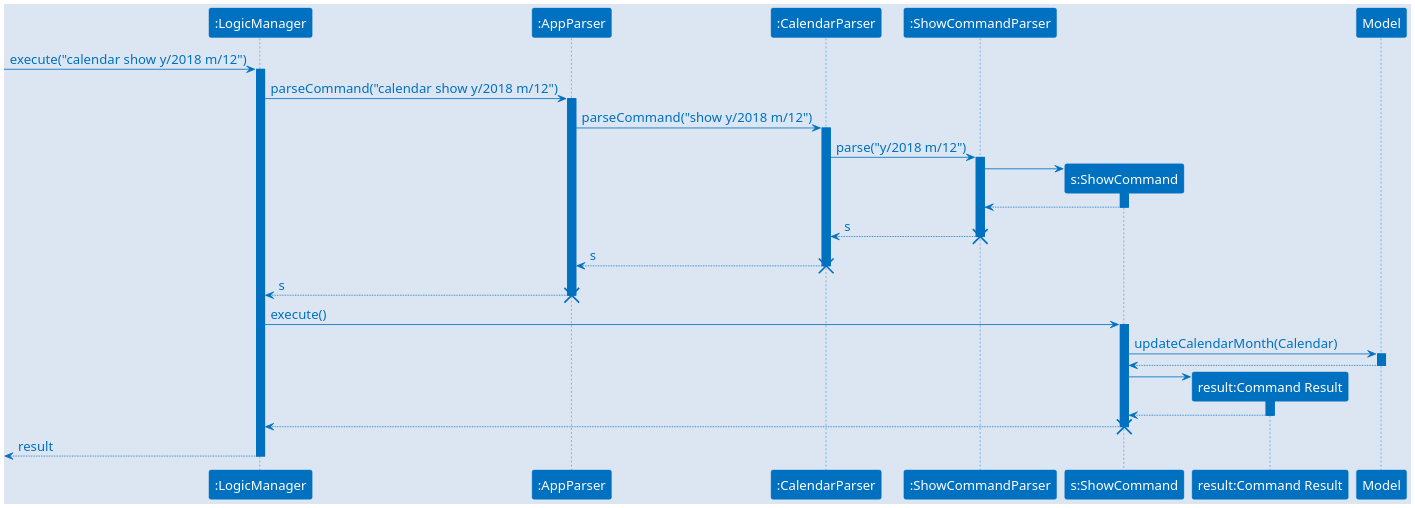
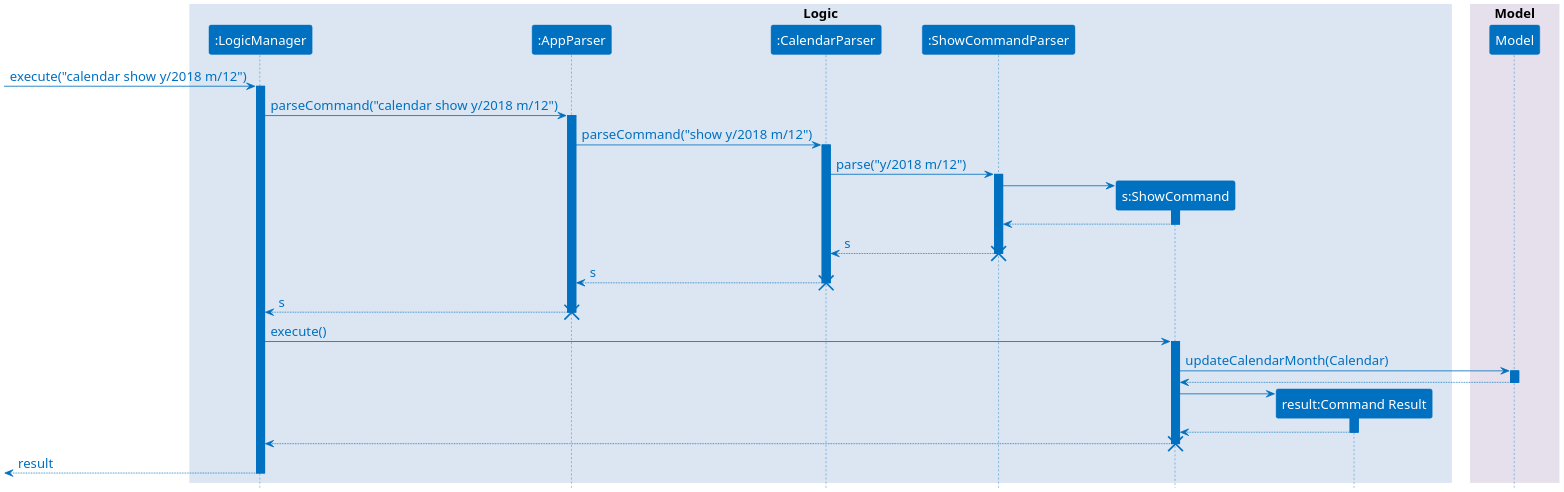
One commit to CS2103-AY1819S1-T09-1/main changed the diagram in docs/plantuml/CalendarShowCommandSequence.puml. Above: the diagram before and after it, drawn with PlantUML.

Commit message:
Update calendar show sequence diagram

```diff
--- a/docs/plantuml/CalendarShowCommandSequence.puml
+++ b/docs/plantuml/CalendarShowCommandSequence.puml
@@ -1,55 +1,65 @@
 @startuml CalendarShowCommandSequence
 
 scale 2
 skinparam defaultFontName Calibri
 skinparam defaultFontSize 16
-skinparam backgroundColor #DCE6F2
+' skinparam minClassWidth 100
+skinparam BoxPadding 10
+skinparam ParticipantPadding 20
 skinparam shadowing false
 
 skinparam sequence {
+    BoxBorderColor transparent
+    BoxFontSize 20
+
     ParticipantBorderColor #0070C0
     ParticipantBackgroundColor #0070C0
     ParticipantFontColor #FFFFFF
 
     LifeLineBorderColor #0070C0
     LifeLineBackgroundColor #0070C0
 
     ArrowColor #0070C0
     ArrowBorderColor #0070C0
     ArrowFontColor #0070C0
-
 }
 
-participant logicManager as ":LogicManager"
-participant appParser as ":AppParser"
-participant calendarParser as ":CalendarParser"
-participant showCommandParser as ":ShowCommandParser"
-participant showCommand as "s:ShowCommand"
-participant result as "result:Command Result"
-participant model as "Model"
+box "Logic" #DCE6F2
+    participant logicManager as ":LogicManager"
+    participant appParser as ":AppParser"
+    participant calendarParser as ":CalendarParser"
+    participant showCommandParser as ":ShowCommandParser"
+    participant showCommand as "s:ShowCommand"
+    participant result as "result:Command Result"
+end box
+box "Model" #E6E0EC
+    participant model as "Model"
+end box
 
 autoactivate on
+hide footbox
+
 [-> logicManager: execute("calendar show y/2018 m/12")
 logicManager -> appParser: parseCommand("calendar show y/2018 m/12")
 appParser -> calendarParser: parseCommand("show y/2018 m/12")
 calendarParser -> showCommandParser: parse("y/2018 m/12")
 create showCommand
 showCommandParser -> showCommand
 showCommand --> showCommandParser
 showCommandParser --> calendarParser: s
 destroy showCommandParser
 calendarParser --> appParser: s
 destroy calendarParser
 appParser --> logicManager: s
 destroy appParser
 logicManager -> showCommand: execute()
 showCommand -> model: updateCalendarMonth(Calendar)
 model --> showCommand
 create result
 showCommand -> result
 result --> showCommand
 showCommand --> logicManager
 destroy showCommand
 logicManager -->[ : result
 
 @enduml
```
